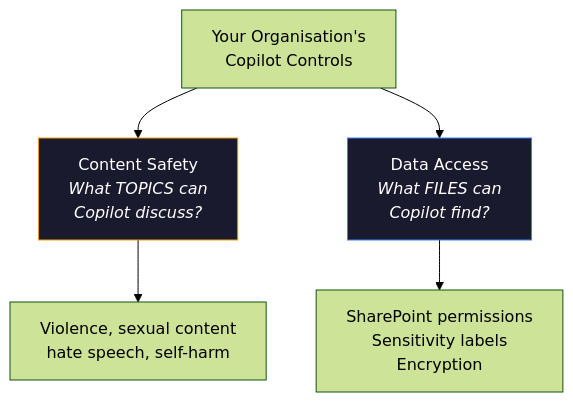
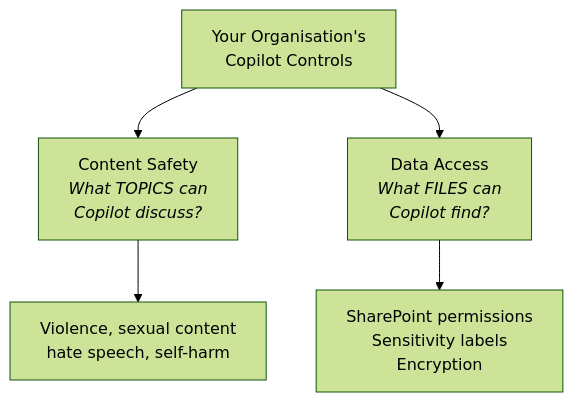
The fourth of 4 diagrams in content/blog/microsoft-365-copilot-content-safety-controls-complete-guide-for-admins.md (susanthgit/aguidetocloud-revamp), drawn with Mermaid (forest theme) before and after one commit. The commit also changed other lines of this file and 553 other files, not shown here.

First line of the commit message:
🌸 Z17: Zen Mermaid diagrams — Stripe Docs style

````diff
--- a/content/blog/microsoft-365-copilot-content-safety-controls-complete-guide-for-admins.md
+++ b/content/blog/microsoft-365-copilot-content-safety-controls-complete-guide-for-admins.md
@@ -292,11 +282,9 @@
 ```mermaid
 flowchart TD
     A["Your Organisation's<br/>Copilot Controls"] --> B["Content Safety<br/><i>What TOPICS can<br/>Copilot discuss?</i>"]
     A --> C["Data Access<br/><i>What FILES can<br/>Copilot find?</i>"]
     
     B --> D["Violence, sexual content<br/>hate speech, self-harm"]
     C --> E["SharePoint permissions<br/>Sensitivity labels<br/>Encryption"]
     
-    style B fill:#1a1a2e,stroke:#F59E0B,color:#fff
-    style C fill:#1a1a2e,stroke:#3B82F6,color:#fff
 ```
````
